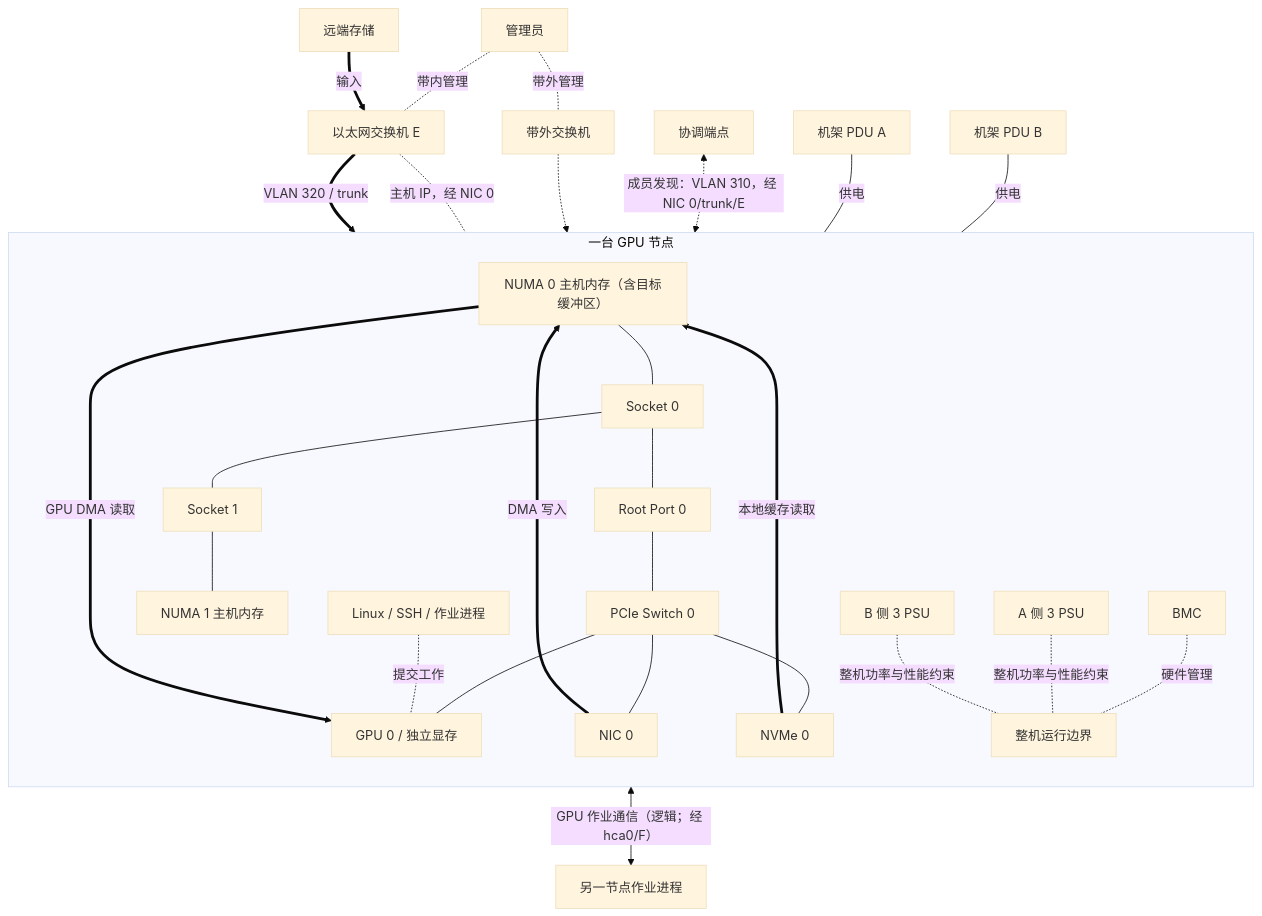
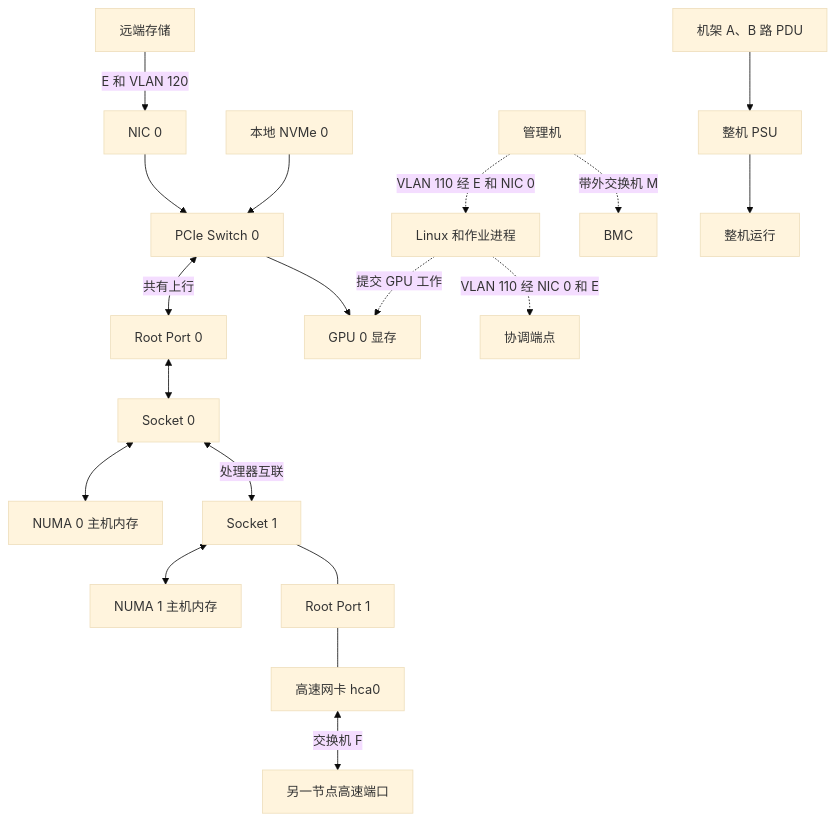
Before and after one commit to realtyz/ops-manual: the diagram in AI-Infra/01_从一台GPU服务器认识基础设施/99_本章小节.md, drawn with Mermaid (base theme). The commit also changed other lines of this file and 54 other files, not shown here.

````diff
--- a/AI-Infra/01_从一台GPU服务器认识基础设施/99_本章小节.md
+++ b/AI-Infra/01_从一台GPU服务器认识基础设施/99_本章小节.md
@@ -19,32 +5,20 @@
 ```mermaid
 flowchart
-  subgraph NODE["一台 GPU 节点"]
-    direction TB
-    M0["NUMA 0 主机内存（含目标缓冲区）"] --- C0["Socket 0"]
-    C0 --- R0["Root Port 0"] --- S0["PCIe Switch 0"]
-    S0 --- G0["GPU 0 / 独立显存"]
-    S0 --- NIC["NIC 0"]
-    S0 --- D0["NVMe 0"]
-    C0 --- C1["Socket 1"] --- M1["NUMA 1 主机内存"]
-    OS["Linux / SSH / 作业进程"] -.提交工作.- G0
-    CHASSIS["整机运行边界"]
-    BMC["BMC"] -.硬件管理.- CHASSIS
-    PSUA["A 侧 3 PSU"]
-    PSUB["B 侧 3 PSU"]
-  end
-  ST["远端存储"] ==>|输入| E["以太网交换机 E"]
-  E ==>|VLAN 320 / trunk| NIC
-  NIC ==>|DMA 写入| M0
-  D0 ==>|本地缓存读取| M0
-  M0 ==>|GPU DMA 读取| G0
-  ADM["管理员"] -.带内管理.- E
-  E -.主机 IP，经 NIC 0.- OS
-  ADM -.带外管理.- OOB["带外交换机"]
-  OOB -.-> BMC
-  COORD["协调端点"] <-.成员发现：VLAN 310，经 NIC 0/trunk/E.-> OS
-  OS <-->|GPU 作业通信（逻辑；经 hca0/F）| PEER["另一节点作业进程"]
-  PDU_A["机架 PDU A"] ---|供电| PSUA
-  PDU_B["机架 PDU B"] ---|供电| PSUB
-  PSUA -.整机功率与性能约束.- CHASSIS
-  PSUB -.整机功率与性能约束.- CHASSIS
+    ST["远端存储"] -->|E 和 VLAN 120| NIC["NIC 0"]
+    NIC --> S0["PCIe Switch 0"]
+    D0["本地 NVMe 0"] --> S0
+    S0 <-->|共有上行| R0["Root Port 0"]
+    R0 <--> C0["Socket 0"]
+    C0 <--> M0["NUMA 0 主机内存"]
+    C0 <-->|处理器互联| C1["Socket 1"]
+    C1 <--> M1["NUMA 1 主机内存"]
+    S0 --> G0["GPU 0 显存"]
+    C1 --- R1["Root Port 1"] --- H["高速网卡 hca0"]
+    H <-->|交换机 F| PEER["另一节点高速端口"]
+    ADM["管理机"] -. VLAN 110 经 E 和 NIC 0 .-> OS["Linux 和作业进程"]
+    OS -. 提交 GPU 工作 .-> G0
+    OS -. VLAN 110 经 NIC 0 和 E .-> COORD["协调端点"]
+    ADM -. 带外交换机 M .-> BMC["BMC"]
+    PDU["机架 A、B 路 PDU"] --> PSU["整机 PSU"]
+    PSU --> SYS["整机运行"]
 ```
````
